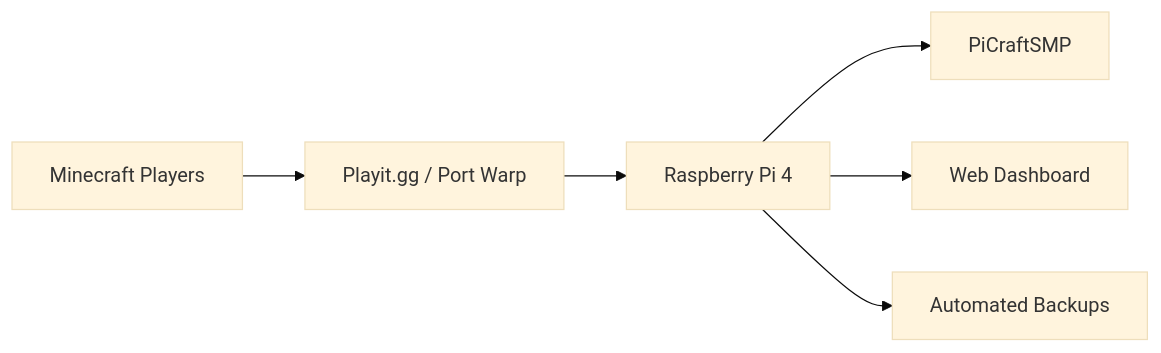
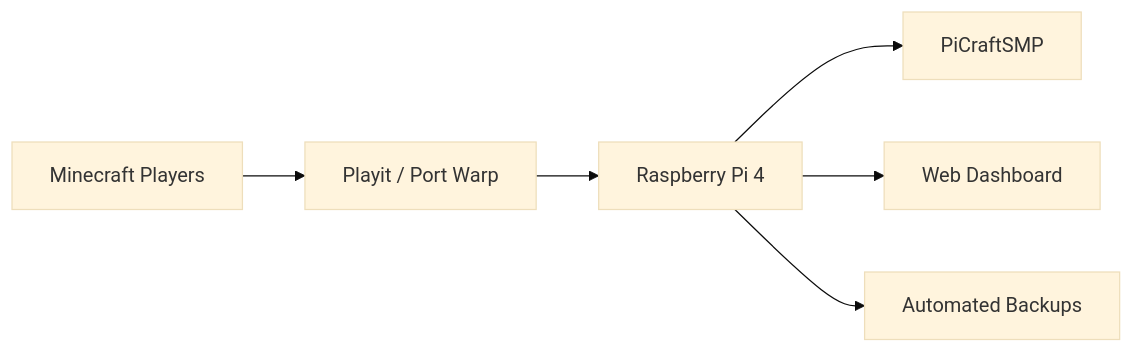
Before and after one commit to ianteymorian/raspberry-pi-minecraft-server: the first of 2 diagrams in README.md, drawn with Mermaid (base theme).

Commit message:
Fix typo in README.md for Playit service name

````diff
--- a/README.md
+++ b/README.md
@@ -24,8 +24,8 @@
 ```mermaid
 flowchart LR
-    A[Minecraft Players] --> B[Playit.gg / Port Warp]
+    A[Minecraft Players] --> B[Playit / Port Warp]
     B --> C[Raspberry Pi 4]
     C --> D[PiCraftSMP]
     C --> E[Web Dashboard]
     C --> F[Automated Backups]
 ```
````
